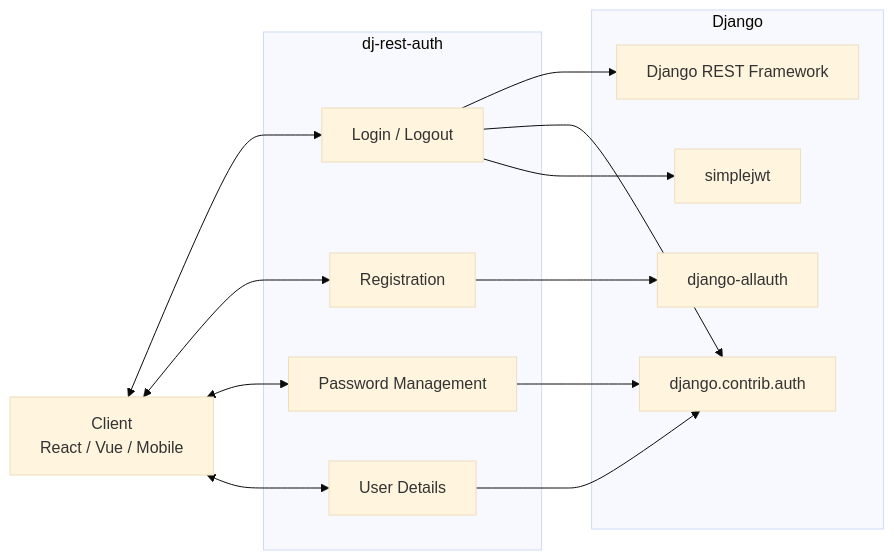
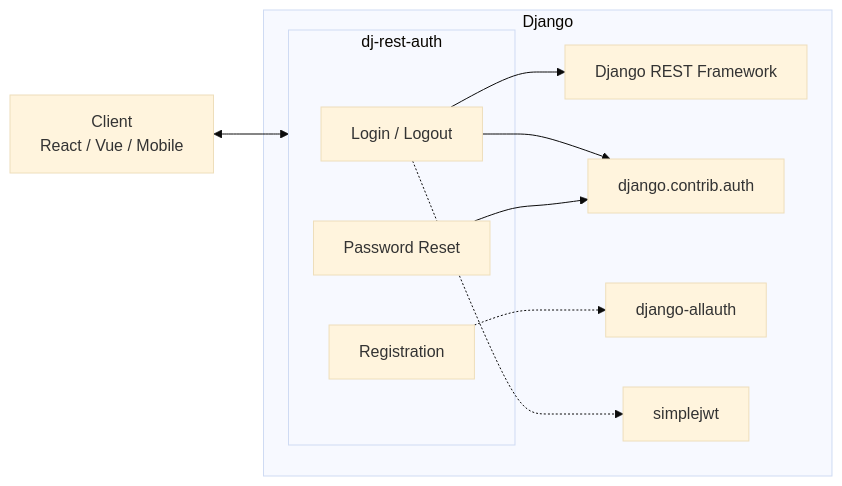
Before and after one commit to iMerica/dj-rest-auth: the diagram in README.md, drawn with Mermaid (base theme).

Commit message:
Improve diagram

````diff
--- a/README.md
+++ b/README.md
@@ -22,30 +22,25 @@
 ```mermaid
 flowchart LR
     Client[Client<br/>React / Vue / Mobile]
     
-    subgraph dj-rest-auth
-        Auth[Login / Logout]
-        Reg[Registration]
-        PW[Password Management]
-        User[User Details]
-    end
-    
     subgraph Django
+        subgraph dj-rest-auth
+            Auth[Login / Logout]
+            Reg[Registration]
+            PW[Password Reset]
+        end
+        
         DRF[Django REST Framework]
-        DJ[django.contrib.auth]
+        DJAuth[django.contrib.auth]
         AA[django-allauth]
         JWT[simplejwt]
     end
     
-    Client <--> Auth
-    Client <--> Reg
-    Client <--> PW
-    Client <--> User
+    Client <--> dj-rest-auth
     
     Auth --> DRF
-    Auth --> DJ
-    Auth --> JWT
-    Reg --> AA
-    PW --> DJ
-    User --> DJ
+    Auth --> DJAuth
+    Auth -.-> JWT
+    Reg -.-> AA
+    PW --> DJAuth
 ```
````
